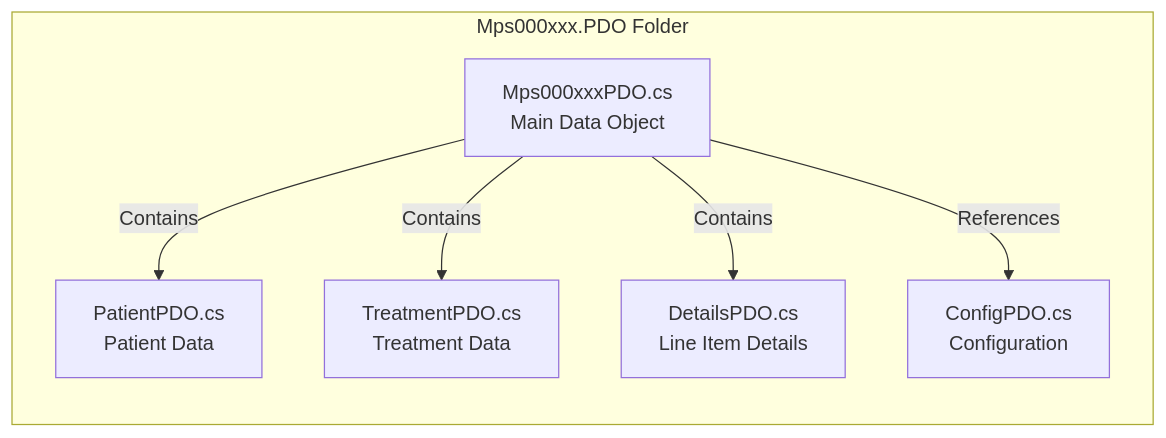
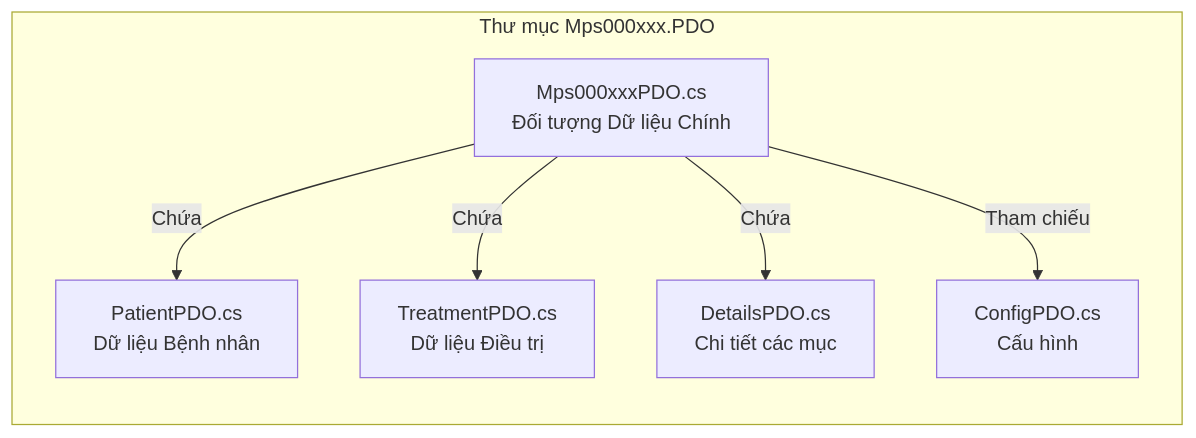
One commit to thangpnb/HIS changed diagram 18 of 32 in docs/his-ba-documentation/04-integrations/notifications-events.md. Above: the diagram before and after it, drawn with Mermaid. The commit also changed other lines of this file and 30 other files, not shown here.

Commit message:
Refactor architecture docs and update translations

````diff
--- a/docs/his-ba-documentation/04-integrations/notifications-events.md
+++ b/docs/his-ba-documentation/04-integrations/notifications-events.md
@@ -1362,15 +1238,15 @@
 ```mermaid
 graph LR
-    subgraph "Mps000xxx.PDO Folder"
-        MainPDO["Mps000xxxPDO.cs<br/>Main Data Object"]
-        PatientPDO["PatientPDO.cs<br/>Patient Data"]
-        TreatmentPDO["TreatmentPDO.cs<br/>Treatment Data"]
-        DetailsPDO["DetailsPDO.cs<br/>Line Item Details"]
-        ConfigPDO["ConfigPDO.cs<br/>Configuration"]
+    subgraph "Thư mục Mps000xxx.PDO"
+        MainPDO["Mps000xxxPDO.cs<br/>Đối tượng Dữ liệu Chính"]
+        PatientPDO["PatientPDO.cs<br/>Dữ liệu Bệnh nhân"]
+        TreatmentPDO["TreatmentPDO.cs<br/>Dữ liệu Điều trị"]
+        DetailsPDO["DetailsPDO.cs<br/>Chi tiết các mục"]
+        ConfigPDO["ConfigPDO.cs<br/>Cấu hình"]
     end
     
-    MainPDO -->|"Contains"| PatientPDO
-    MainPDO -->|"Contains"| TreatmentPDO
-    MainPDO -->|"Contains"| DetailsPDO
-    MainPDO -->|"References"| ConfigPDO
+    MainPDO -->|"Chứa"| PatientPDO
+    MainPDO -->|"Chứa"| TreatmentPDO
+    MainPDO -->|"Chứa"| DetailsPDO
+    MainPDO -->|"Tham chiếu"| ConfigPDO
 ```
````
